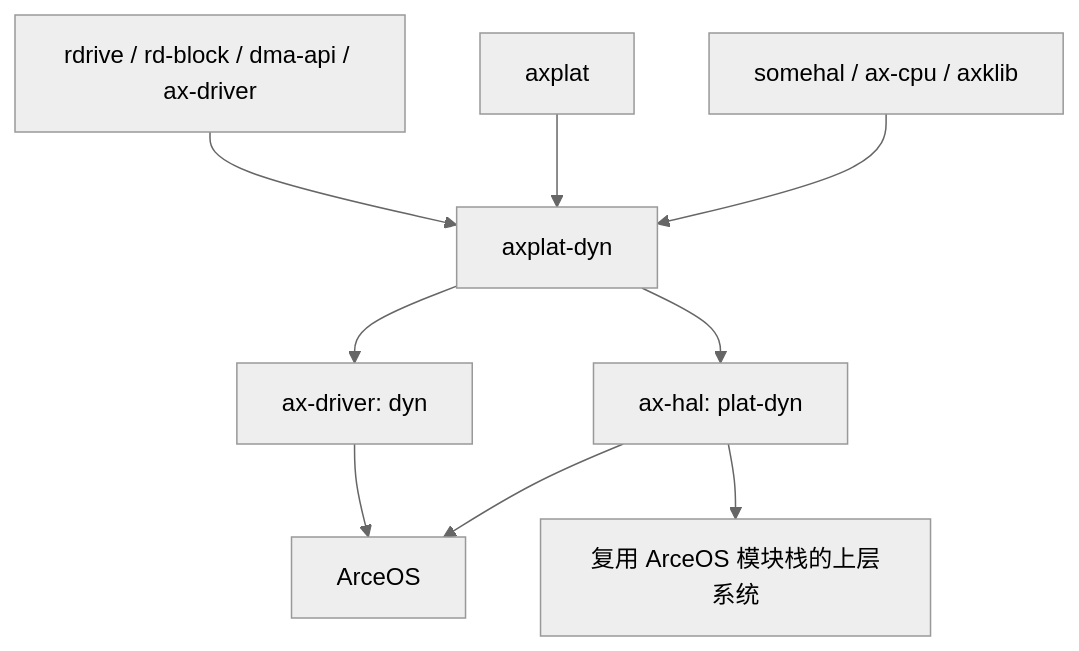
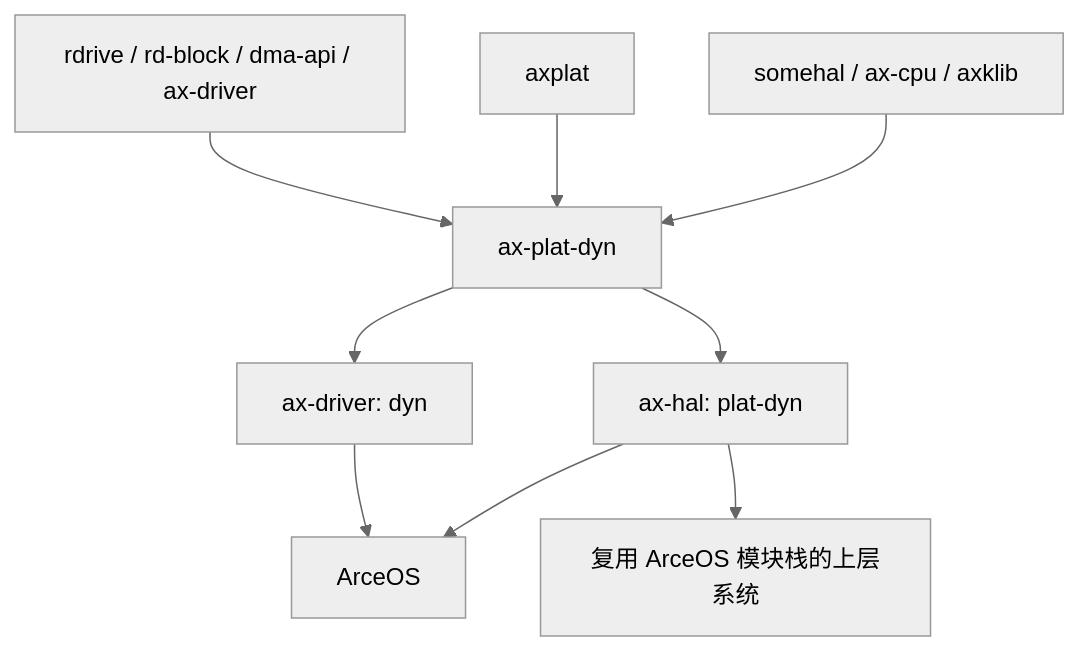
Before and after one commit to rcore-os/tgoskits: the third of 3 diagrams in docs/docs/components/crates/axplat-dyn.md, drawn with Mermaid (neutral theme). The commit also changed other lines of this file and 343 other files, not shown here.

First line of the commit message:
Implement platform-specific IRQ handling and architecture setup (#979)

````diff
--- a/docs/docs/components/crates/axplat-dyn.md
+++ b/docs/docs/components/crates/axplat-dyn.md
@@ -212,13 +212,13 @@
 ```mermaid
 graph TD
-    A[somehal / ax-cpu / axklib] --> B[axplat-dyn]
+    A[somehal / ax-cpu / axklib] --> B[ax-plat-dyn]
     C[axplat] --> B
     D[rdrive / rd-block / dma-api / ax-driver] --> B
 
     B --> E[ax-hal: plat-dyn]
     B --> F[ax-driver: dyn]
 
     E --> G[ArceOS]
     F --> G
     E --> H[复用 ArceOS 模块栈的上层系统]
 ```
````
